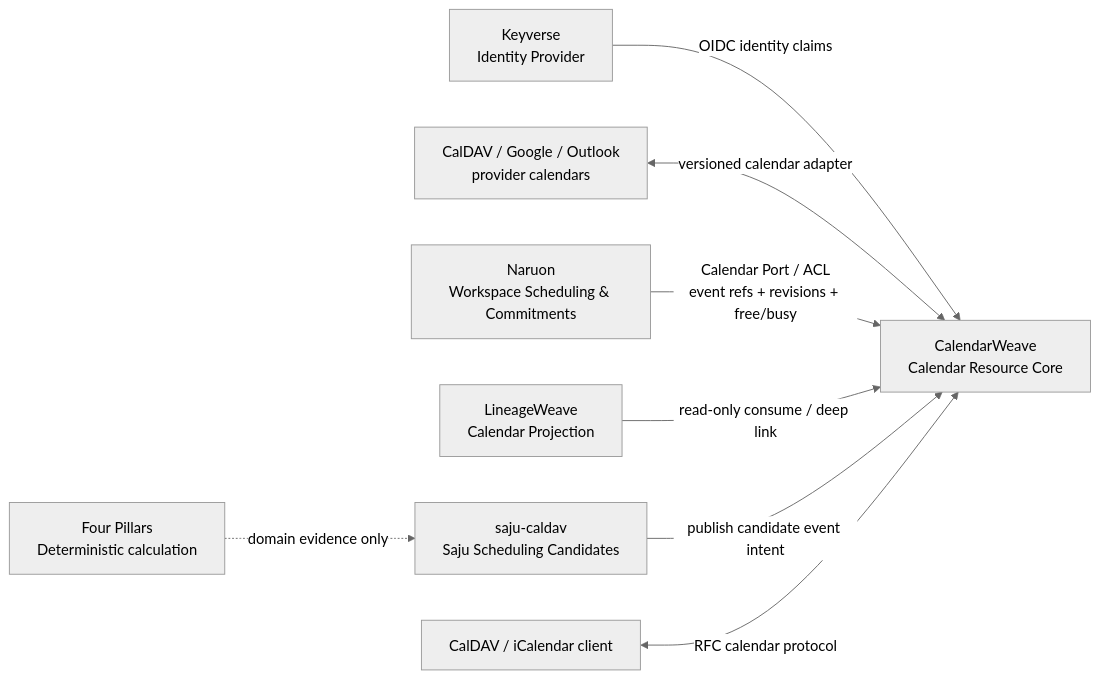
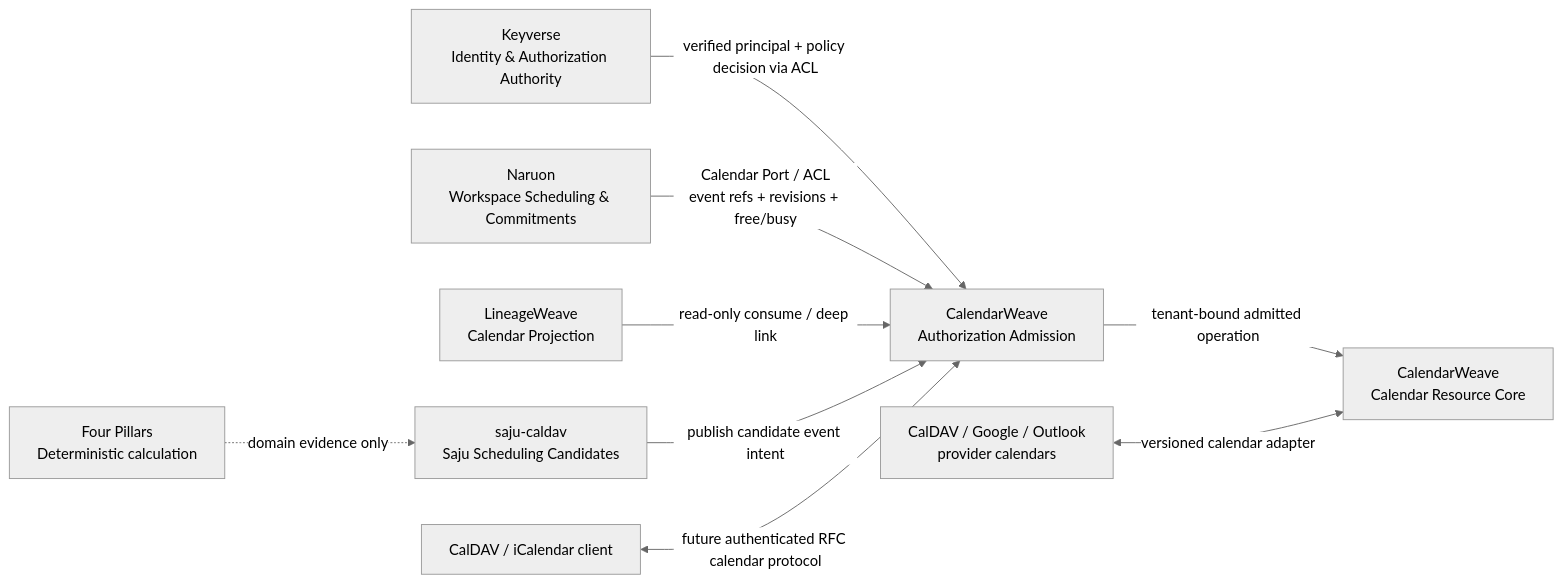
Before and after one commit to ContextualWisdomLab/CalendarWeave: the diagram in ARCHITECTURE.md, drawn with Mermaid (neutral theme). The commit also changed other lines of this file, not shown here.

Commit message:
docs(architecture): integrate authorization admission bounded context

````diff
--- a/ARCHITECTURE.md
+++ b/ARCHITECTURE.md
@@ -33,12 +37,13 @@
 ```mermaid
 flowchart LR
-  keyverse[Keyverse\nIdentity Provider] -->|OIDC identity claims| calendar[CalendarWeave\nCalendar Resource Core]
+  keyverse[Keyverse\nIdentity & Authorization Authority] -->|verified principal + policy decision via ACL| admission[CalendarWeave\nAuthorization Admission]
+  admission -->|tenant-bound admitted operation| calendar[CalendarWeave\nCalendar Resource Core]
   provider[CalDAV / Google / Outlook\nprovider calendars] <-->|versioned calendar adapter| calendar
 
-  naruon[Naruon\nWorkspace Scheduling & Commitments] -->|Calendar Port / ACL\nevent refs + revisions + free/busy| calendar
-  lineage[LineageWeave\nCalendar Projection] -->|read-only consume / deep link| calendar
-  saju[saju-caldav\nSaju Scheduling Candidates] -->|publish candidate event intent| calendar
-  client[CalDAV / iCalendar client] <-->|RFC calendar protocol| calendar
+  naruon[Naruon\nWorkspace Scheduling & Commitments] -->|Calendar Port / ACL\nevent refs + revisions + free/busy| admission
+  lineage[LineageWeave\nCalendar Projection] -->|read-only consume / deep link| admission
+  saju[saju-caldav\nSaju Scheduling Candidates] -->|publish candidate event intent| admission
+  client[CalDAV / iCalendar client] <-->|future authenticated RFC calendar protocol| admission
 
   fourpillars[Four Pillars\nDeterministic calculation] -. domain evidence only .-> saju
 ```
````
